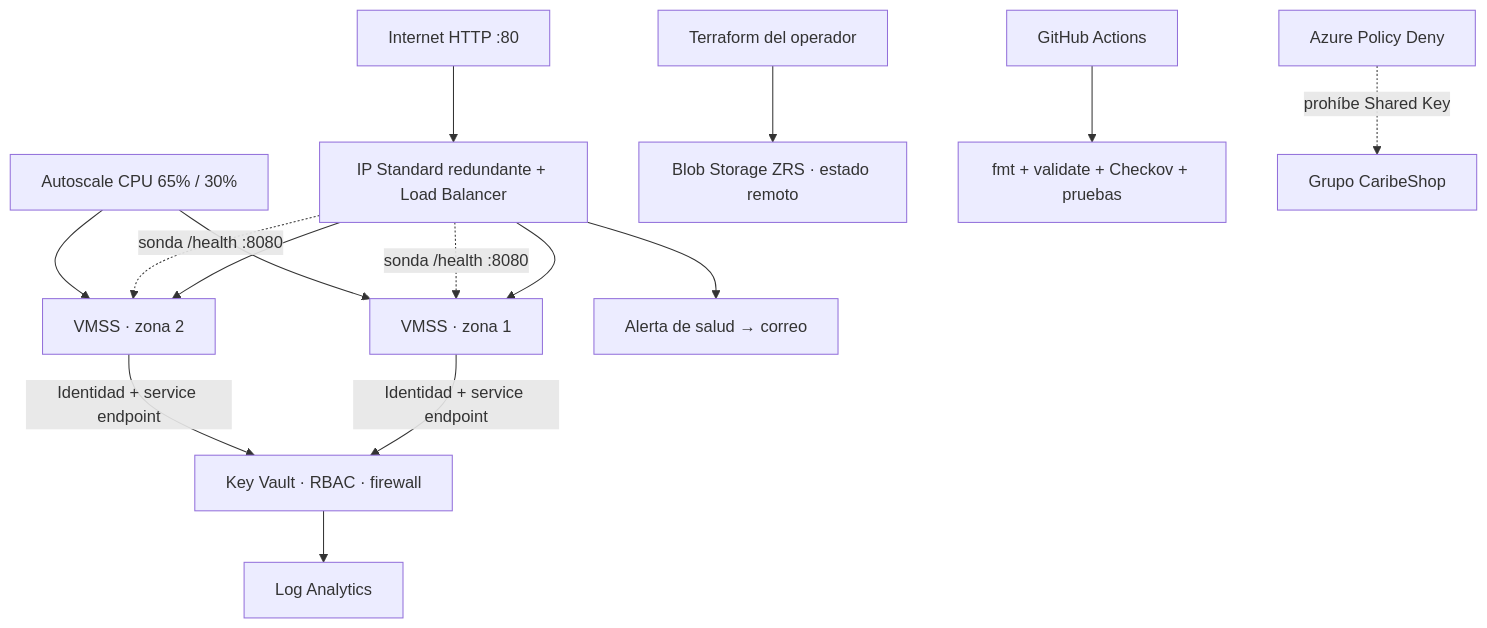
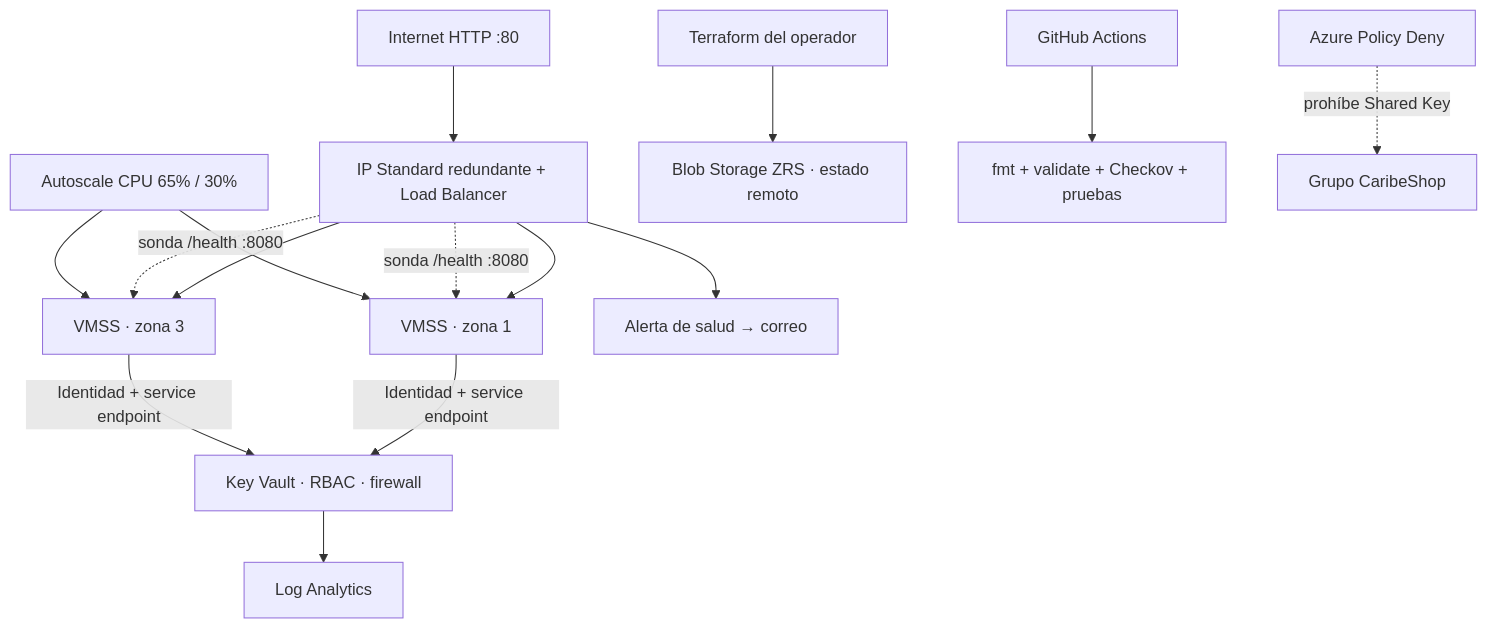
One commit to sorejuela/caribeshop-parcial changed the diagram in README.md. Above: the diagram before and after it, drawn with Mermaid. The commit also changed other lines of this file and 7 other files, not shown here.

````diff
--- a/README.md
+++ b/README.md
@@ -9,17 +9,17 @@
 ```mermaid
 flowchart TD
     U[Internet HTTP :80] --> LB[IP Standard redundante + Load Balancer]
     LB --> A[VMSS · zona 1]
-    LB --> B[VMSS · zona 2]
+    LB --> B[VMSS · zona 3]
     LB -. sonda /health :8080 .-> A
     LB -. sonda /health :8080 .-> B
     A -->|Identidad + service endpoint| KV[Key Vault · RBAC · firewall]
     B -->|Identidad + service endpoint| KV
     KV --> LA[Log Analytics]
     AS[Autoscale CPU 65% / 30%] --> A
     AS --> B
     LB --> MON[Alerta de salud → correo]
     OP[Terraform del operador] --> ST[Blob Storage ZRS · estado remoto]
     CI[GitHub Actions] --> CHECK[fmt + validate + Checkov + pruebas]
     POLICY[Azure Policy Deny] -. prohíbe Shared Key .-> RG[Grupo CaribeShop]
 ```
````
